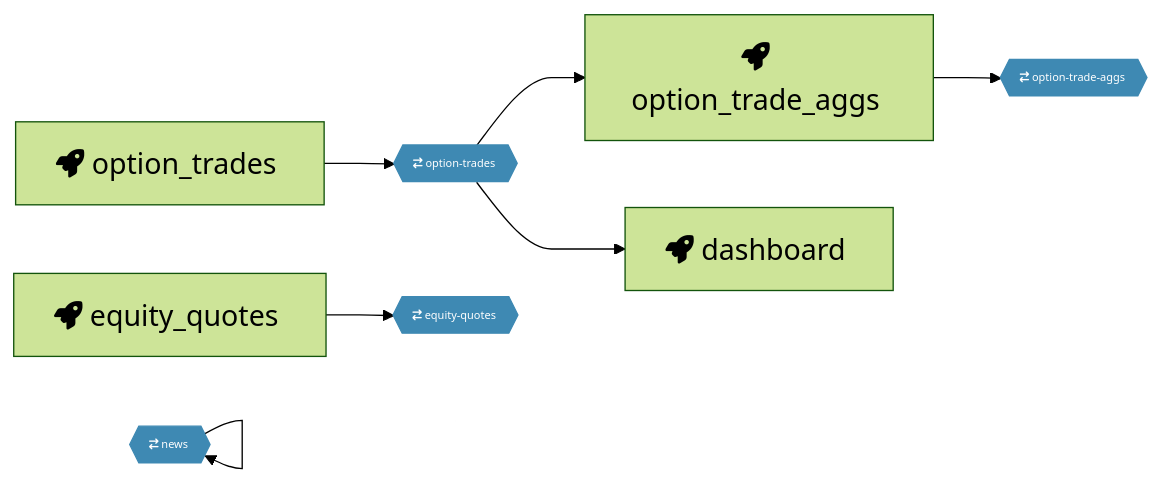
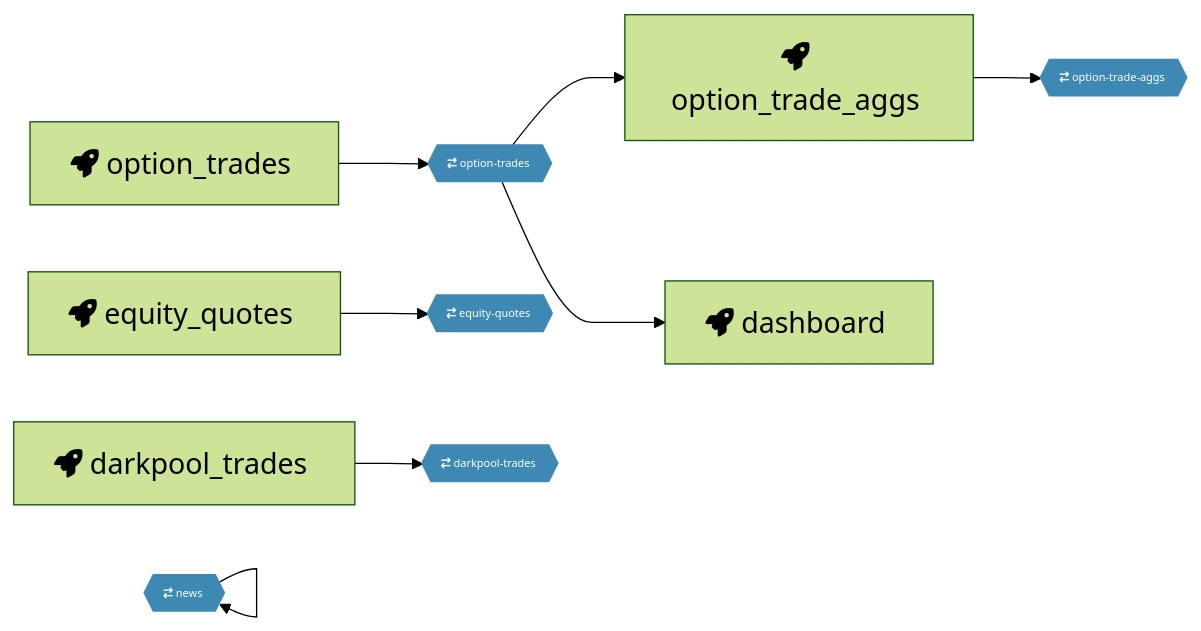
Before and after one commit to macanderson/ts-data-pipeline: the diagram in pipeline.md, drawn with Mermaid (forest theme). The commit also changed 6 other files, not shown here.

````diff
--- a/pipeline.md
+++ b/pipeline.md
@@ -1,17 +1,18 @@
 ```mermaid
 %%{ init: { 'flowchart': { 'curve': 'monotoneX' } } }%%
 graph LR;
 option_trades[fa:fa-rocket option_trades &#8205] --> option-trades{{ fa:fa-arrow-right-arrow-left option-trades &#8205}}:::topic;
 option-trades{{ fa:fa-arrow-right-arrow-left option-trades &#8205}}:::topic --> option_trade_aggs[fa:fa-rocket option_trade_aggs &#8205];
 option_trade_aggs[fa:fa-rocket option_trade_aggs &#8205] --> option-trade-aggs{{ fa:fa-arrow-right-arrow-left option-trade-aggs &#8205}}:::topic;
 equity_quotes[fa:fa-rocket equity_quotes &#8205] --> equity-quotes{{ fa:fa-arrow-right-arrow-left equity-quotes &#8205}}:::topic;
 option-trades{{ fa:fa-arrow-right-arrow-left option-trades &#8205}}:::topic --> dashboard[fa:fa-rocket dashboard &#8205];
 news[fa:fa-rocket news &#8205] --> news{{ fa:fa-arrow-right-arrow-left news &#8205}}:::topic;
+darkpool_trades[fa:fa-rocket darkpool_trades &#8205] --> darkpool-trades{{ fa:fa-arrow-right-arrow-left darkpool-trades &#8205}}:::topic;
 
 
 classDef default font-size:110%;
 classDef topic font-size:80%;
 classDef topic fill:#3E89B3;
 classDef topic stroke:#3E89B3;
 classDef topic color:white;
 ```
````
